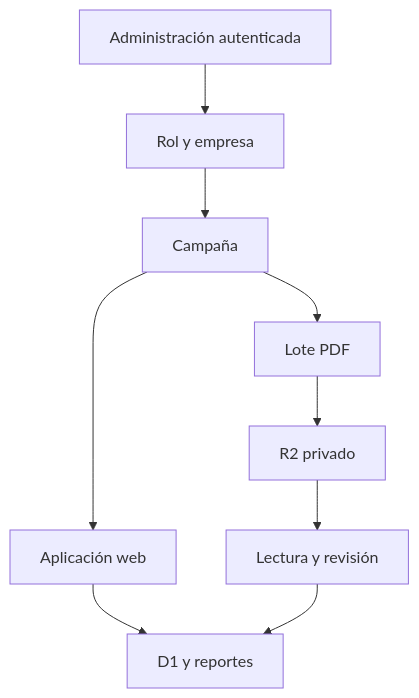
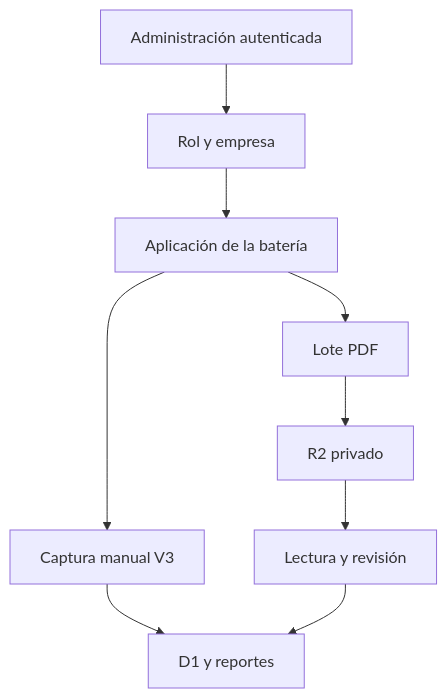
One commit to jaimeruizf83/BRPS_2026ruiz changed the diagram in docs/ARQUITECTURA.md. Above: the diagram before and after it, drawn with Mermaid. The commit also changed other lines of this file and 41 other files, not shown here.

````diff
--- a/docs/ARQUITECTURA.md
+++ b/docs/ARQUITECTURA.md
@@ -3,11 +3,11 @@
 ```mermaid
 flowchart TD
   A[Administración autenticada] --> B[Rol y empresa]
-  B --> C[Campaña]
-  C --> D[Aplicación web]
+  B --> C[Aplicación de la batería]
+  C --> D[Captura manual V3]
   C --> E[Lote PDF]
   D --> F[D1 y reportes]
   E --> G[R2 privado]
   G --> H[Lectura y revisión]
   H --> F
 ```
````
